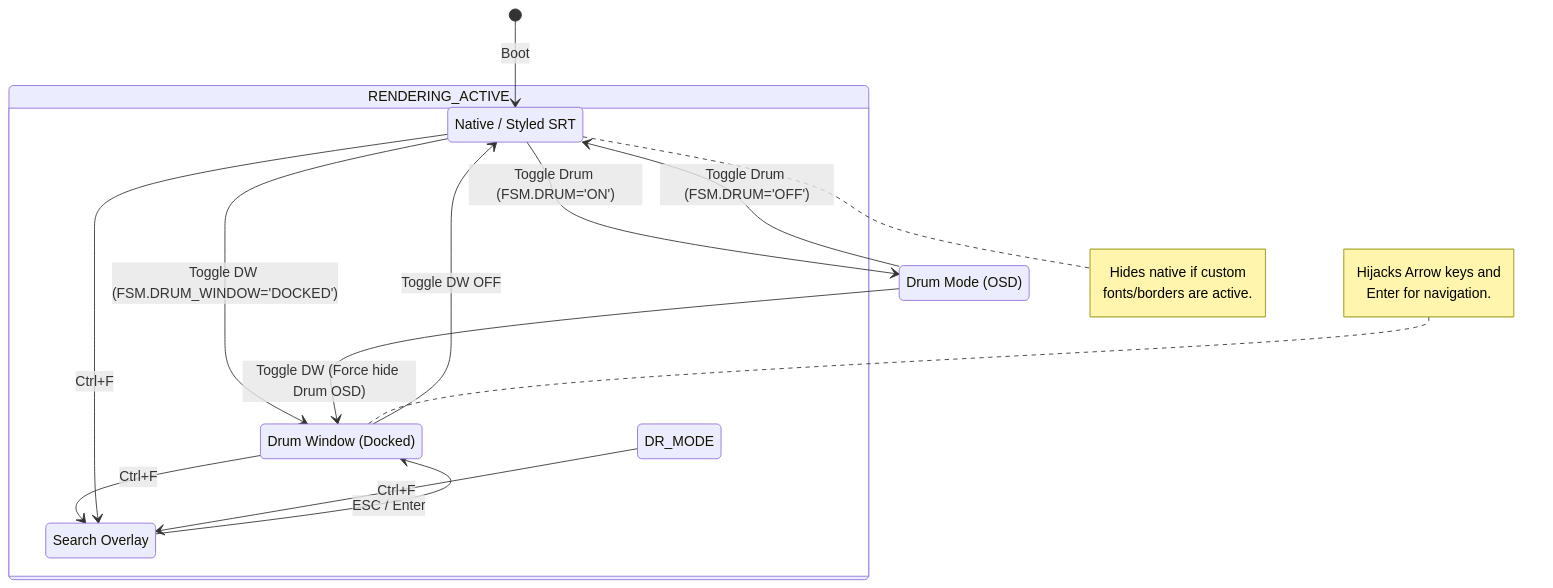
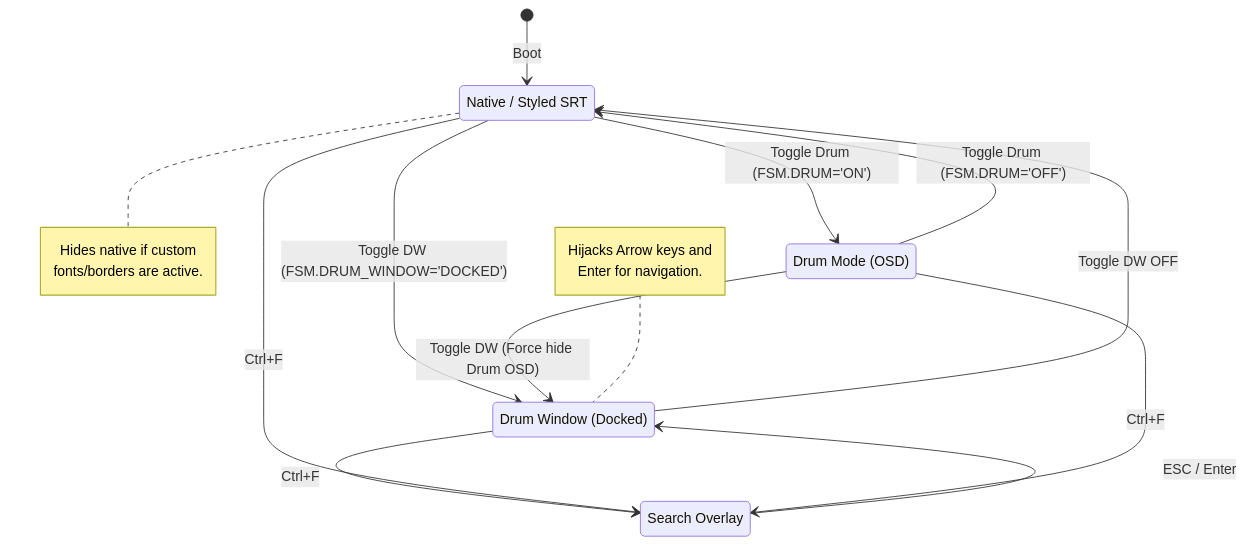
The first of 21 diagrams in openspec/specs/fsm-architecture/state-diagram.md (voothi/20260308110646-kardenwort-mpv), drawn with Mermaid before and after one commit. The commit also changed 1 other file, not shown here.

````diff
--- a/openspec/specs/fsm-architecture/state-diagram.md
+++ b/openspec/specs/fsm-architecture/state-diagram.md
@@ -9,35 +9,33 @@
 ```mermaid
 stateDiagram-v2
     [*] --> NATIVE_SRT: Boot
     
     state "Native / Styled SRT" as NATIVE_SRT
     state "Drum Mode (OSD)" as DRUM_MODE
     state "Drum Window (Docked)" as DRUM_WINDOW
     state "Search Overlay" as SEARCH_MODE
 
     NATIVE_SRT --> DRUM_MODE : Toggle Drum (FSM.DRUM='ON')
     DRUM_MODE --> NATIVE_SRT : Toggle Drum (FSM.DRUM='OFF')
     
     NATIVE_SRT --> DRUM_WINDOW : Toggle DW (FSM.DRUM_WINDOW='DOCKED')
     DRUM_MODE --> DRUM_WINDOW : Toggle DW (Force hide Drum OSD)
     
     DRUM_WINDOW --> NATIVE_SRT : Toggle DW OFF
     
-    state RENDERING_ACTIVE {
-        DRUM_WINDOW --> SEARCH_MODE : Ctrl+F
-        SEARCH_MODE --> DRUM_WINDOW : ESC / Enter
-        
-        NATIVE_SRT --> SEARCH_MODE : Ctrl+F
-        DR_MODE --> SEARCH_MODE : Ctrl+F
-    }
+    DRUM_WINDOW --> SEARCH_MODE : Ctrl+F
+    SEARCH_MODE --> DRUM_WINDOW : ESC / Enter
+    
+    NATIVE_SRT --> SEARCH_MODE : Ctrl+F
+    DRUM_MODE --> SEARCH_MODE : Ctrl+F
     
     note right of NATIVE_SRT
         Hides native if custom 
         fonts/borders are active.
     end note
     
     note left of DRUM_WINDOW
         Hijacks Arrow keys and 
         Enter for navigation.
     end note
 ```
````
